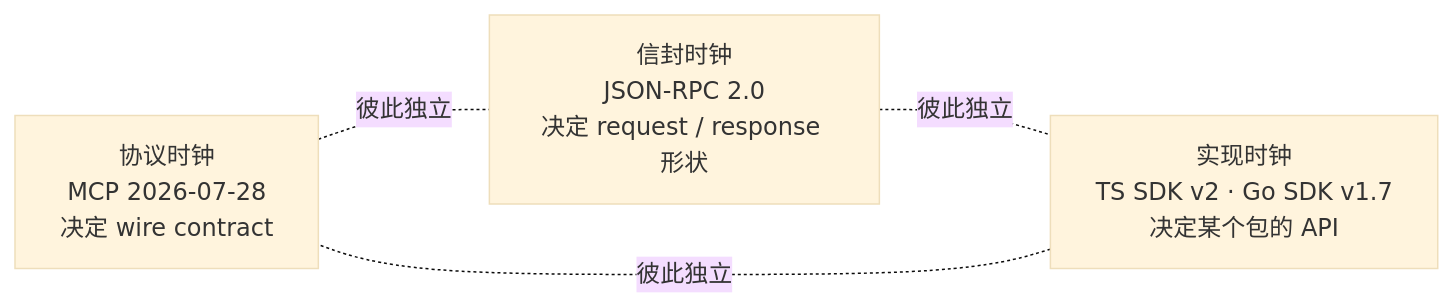
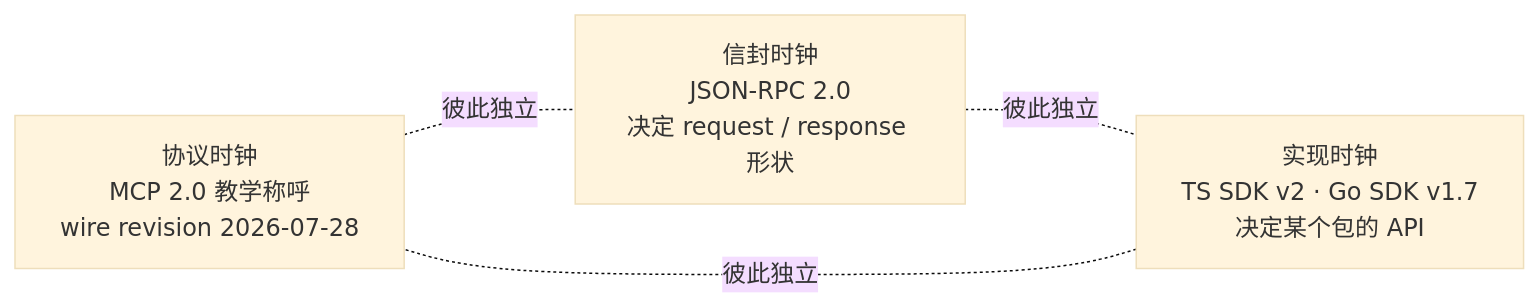
One commit to caiboyang/ML-learning changed the first of 27 diagrams in mcp-2.0/MCP_2_0_Research.md. Above: the diagram before and after it, drawn with Mermaid (base theme). The commit also changed other lines of this file and 2 other files, not shown here.

Commit message:
Address MCP guide audit feedback

````diff
--- a/mcp-2.0/MCP_2_0_Research.md
+++ b/mcp-2.0/MCP_2_0_Research.md
@@ -110,9 +127,9 @@
 ```mermaid
 flowchart LR
-    A["协议时钟<br/>MCP 2026-07-28<br/>决定 wire contract"]
+    A["协议时钟<br/>MCP 2.0 教学称呼<br/>wire revision 2026-07-28"]
     B["信封时钟<br/>JSON-RPC 2.0<br/>决定 request / response 形状"]
     C["实现时钟<br/>TS SDK v2 · Go SDK v1.7<br/>决定某个包的 API"]
     A -. "彼此独立" .- B
     B -. "彼此独立" .- C
     C -. "彼此独立" .- A
 ```
````
